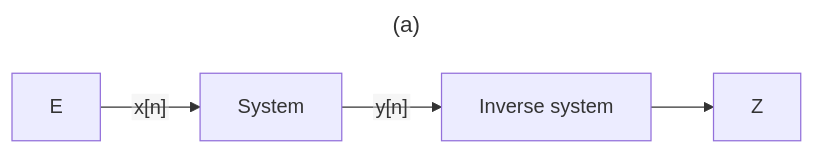
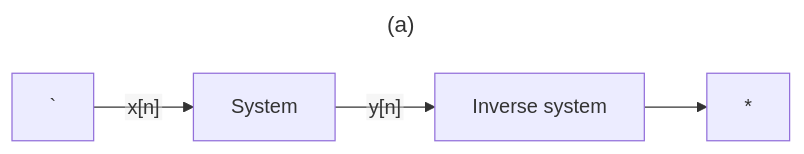
The sixth of 6 diagrams in signal-processing/kutz/5/README.md (setrar/dsp), drawn with Mermaid before and after one commit.

````diff
--- a/signal-processing/kutz/5/README.md
+++ b/signal-processing/kutz/5/README.md
@@ -147,10 +147,10 @@
 ```mermaid
 ---
 title: (a)
 ---
 %%{init: {"flowchart": {"htmlLabels": false}} }%%
 flowchart LR
-    E -->|"x[n]"| F[System]
+    ` -->|"x[n]"| F[System]
     F -->|"y[n]"| G[Inverse system]
-    G --> Z
+    G --> *
 ```
````
